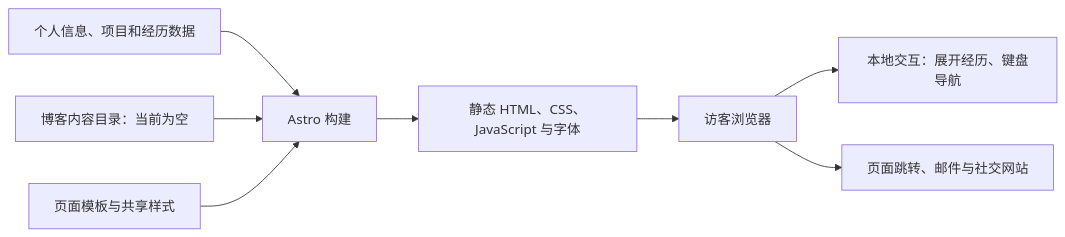
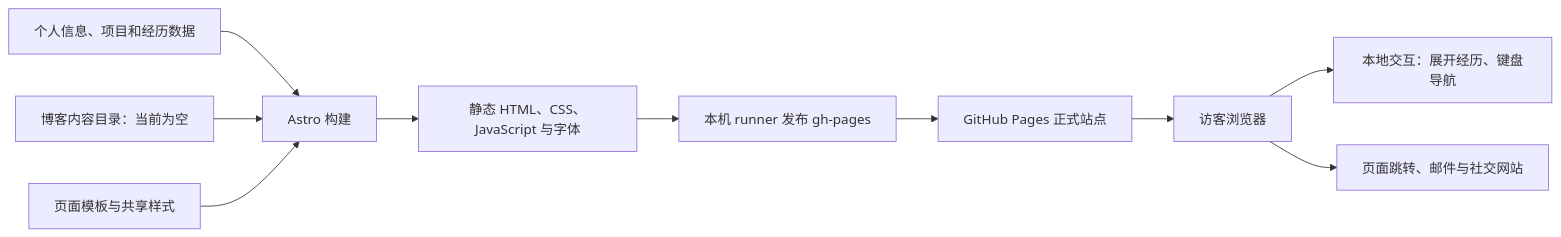
Before and after one commit to joevilcai666/joevilcai666.github.io: the first of 4 diagrams in HOW_IT_WORKS.md, drawn with Mermaid. The commit also changed other lines of this file, not shown here.

````diff
--- a/HOW_IT_WORKS.md
+++ b/HOW_IT_WORKS.md
@@ -11,10 +11,12 @@
 ```mermaid
 flowchart LR
   Data[个人信息、项目和经历数据] --> Build[Astro 构建]
   Posts[博客内容目录：当前为空] --> Build
   Templates[页面模板与共享样式] --> Build
   Build --> Files[静态 HTML、CSS、JavaScript 与字体]
-  Files --> Browser[访客浏览器]
+  Files --> Publish[本机 runner 发布 gh-pages]
+  Publish --> Pages[GitHub Pages 正式站点]
+  Pages --> Browser[访客浏览器]
   Browser --> Local[本地交互：展开经历、键盘导航]
   Browser --> Links[页面跳转、邮件与社交网站]
 ```
````
